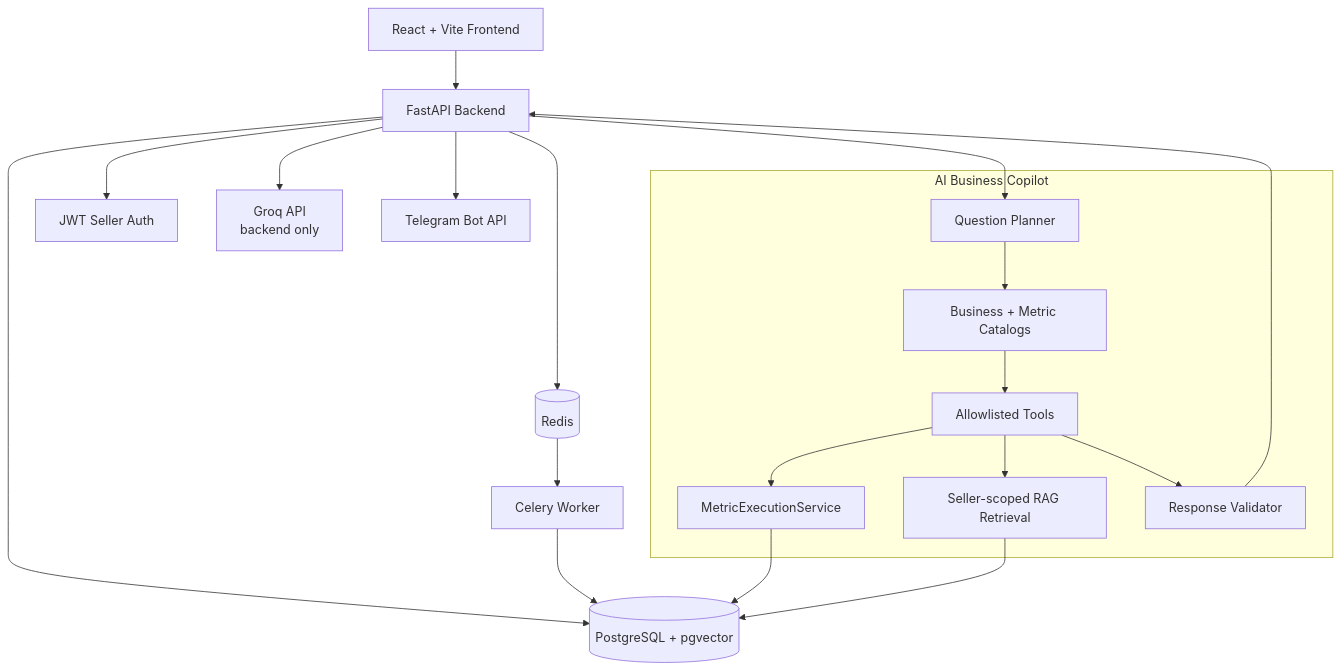
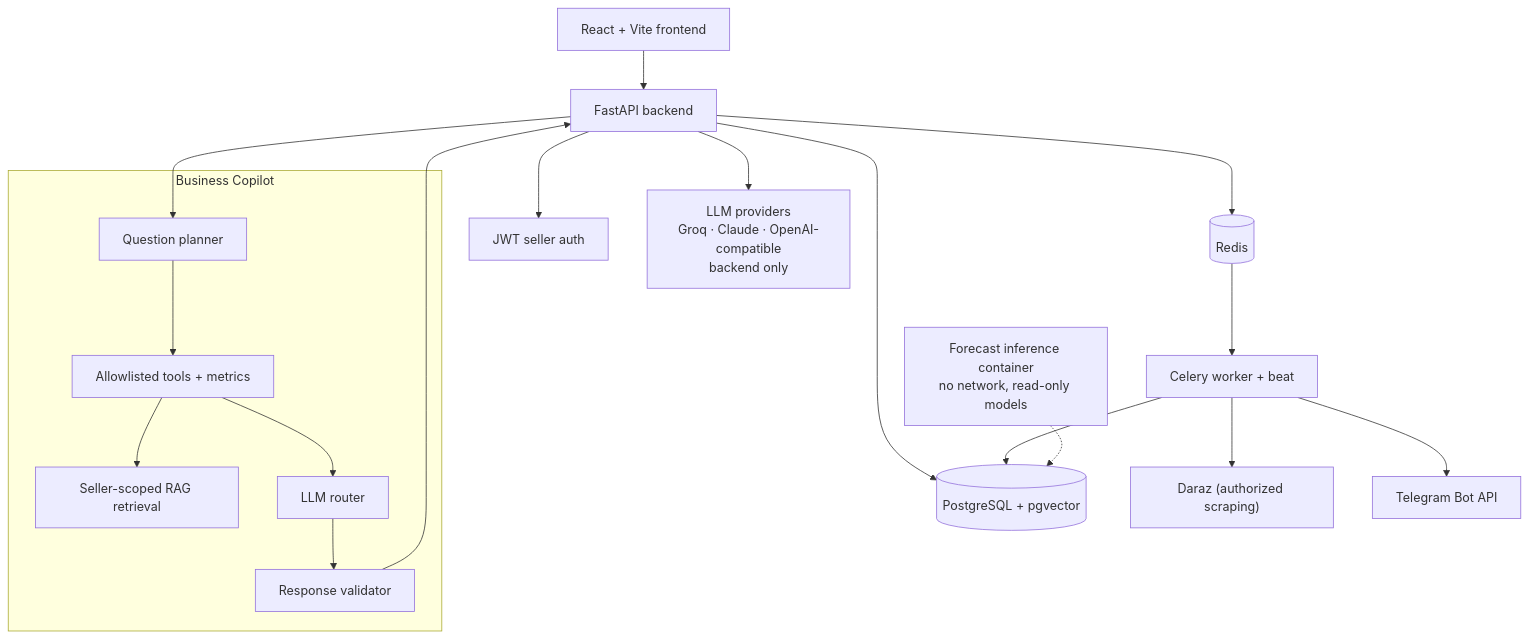
One commit to DevNexus09/BazarSync-AI changed the diagram in README.md. Above: the diagram before and after it, drawn with Mermaid. The commit also changed other lines of this file, not shown here.

````diff
--- a/README.md
+++ b/README.md
@@ -65,30 +85,25 @@
 ```mermaid
 flowchart TD
-    UI["React + Vite Frontend"] --> API["FastAPI Backend"]
-    API --> Auth["JWT Seller Auth"]
+    UI["React + Vite frontend"] --> API["FastAPI backend"]
+    API --> Auth["JWT seller auth"]
     API --> DB[("PostgreSQL + pgvector")]
     API --> Redis[("Redis")]
-    Redis --> Worker["Celery Worker"]
+    Redis --> Worker["Celery worker + beat"]
     Worker --> DB
-    API --> Groq["Groq API<br/>backend only"]
-    API --> Telegram["Telegram Bot API"]
+    Worker --> Daraz["Daraz (authorized scraping)"]
+    Worker --> Telegram["Telegram Bot API"]
+    API --> LLM["LLM providers<br/>Groq · Claude · OpenAI-compatible<br/>backend only"]
+    Forecast["Forecast inference container<br/>no network, read-only models"] -.-> DB
 
-    subgraph Copilot["AI Business Copilot"]
-      Planner["Question Planner"]
-      Catalogs["Business + Metric Catalogs"]
-      Tools["Allowlisted Tools"]
-      Metrics["MetricExecutionService"]
-      RAG["Seller-scoped RAG Retrieval"]
-      Validator["Response Validator"]
+    subgraph Copilot["Business Copilot"]
+      Planner["Question planner"]
+      Tools["Allowlisted tools + metrics"]
+      RAG["Seller-scoped RAG retrieval"]
+      Router["LLM router"]
+      Validator["Response validator"]
     end
 
-    API --> Planner
-    Planner --> Catalogs
-    Catalogs --> Tools
-    Tools --> Metrics
+    API --> Planner --> Tools
     Tools --> RAG
-    Metrics --> DB
-    RAG --> DB
-    Tools --> Validator
-    Validator --> API
+    Tools --> Router --> Validator --> API
 ```
````
